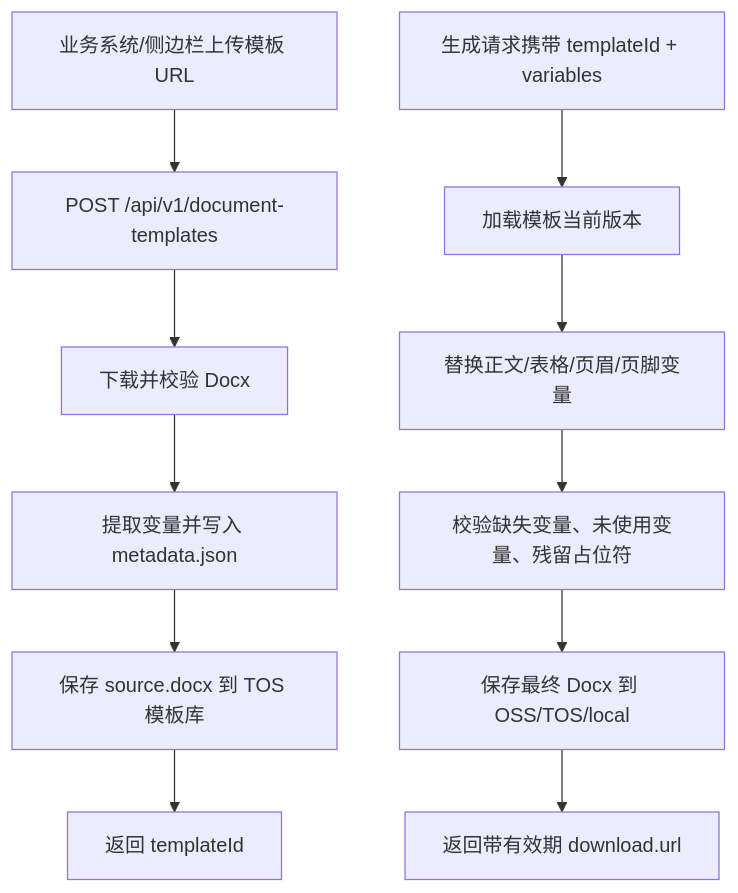
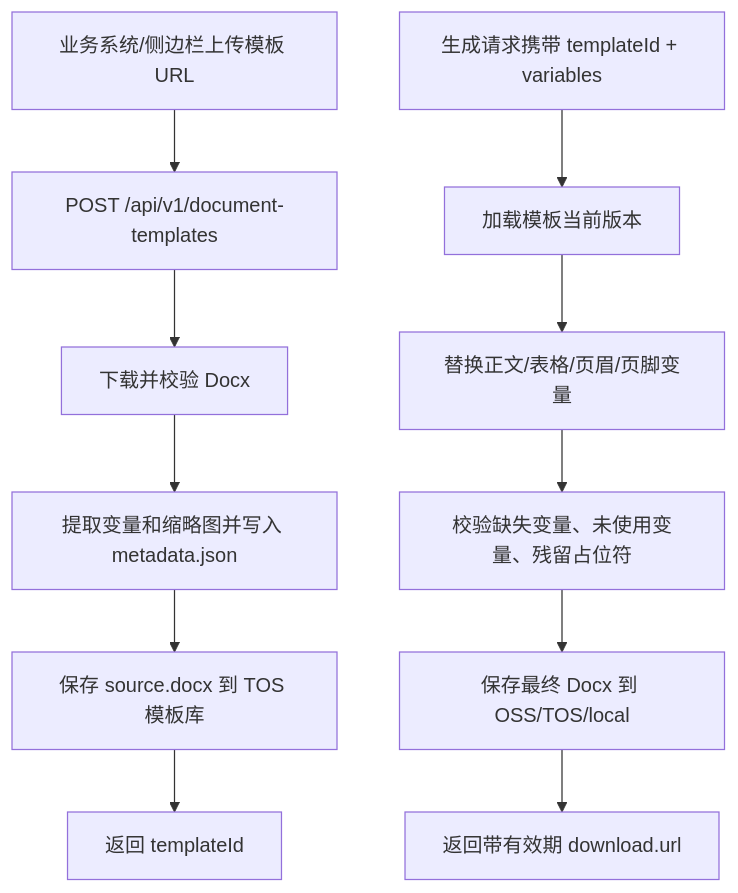
One commit to garyzheng0714-lang/larkdocvar-login changed the first of 3 diagrams in docs/docx-api-architecture.md. Above: the diagram before and after it, drawn with Mermaid. The commit also changed other lines of this file and 51 other files, not shown here.

````diff
--- a/docs/docx-api-architecture.md
+++ b/docs/docx-api-architecture.md
@@ -20,13 +22,13 @@
 ```mermaid
 flowchart TD
   A["业务系统/侧边栏上传模板 URL"] --> B["POST /api/v1/document-templates"]
   B --> C["下载并校验 Docx"]
-  C --> D["提取变量并写入 metadata.json"]
+  C --> D["提取变量和缩略图并写入 metadata.json"]
   D --> E["保存 source.docx 到 TOS 模板库"]
   E --> F["返回 templateId"]
   G["生成请求携带 templateId + variables"] --> H["加载模板当前版本"]
   H --> I["替换正文/表格/页眉/页脚变量"]
   I --> J["校验缺失变量、未使用变量、残留占位符"]
   J --> K["保存最终 Docx 到 OSS/TOS/local"]
   K --> L["返回带有效期 download.url"]
 ```
````
